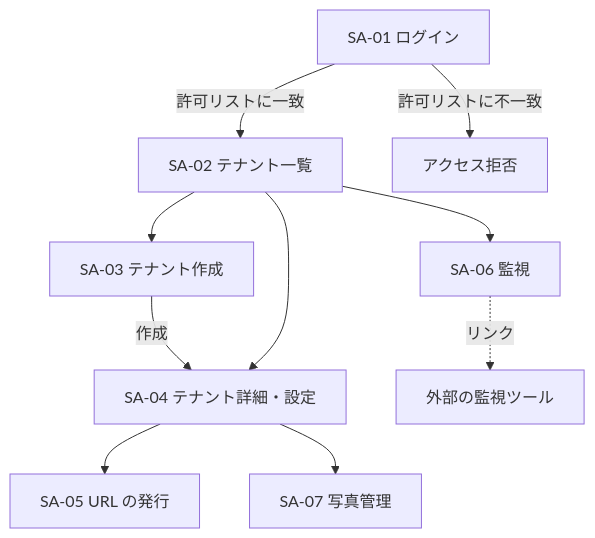
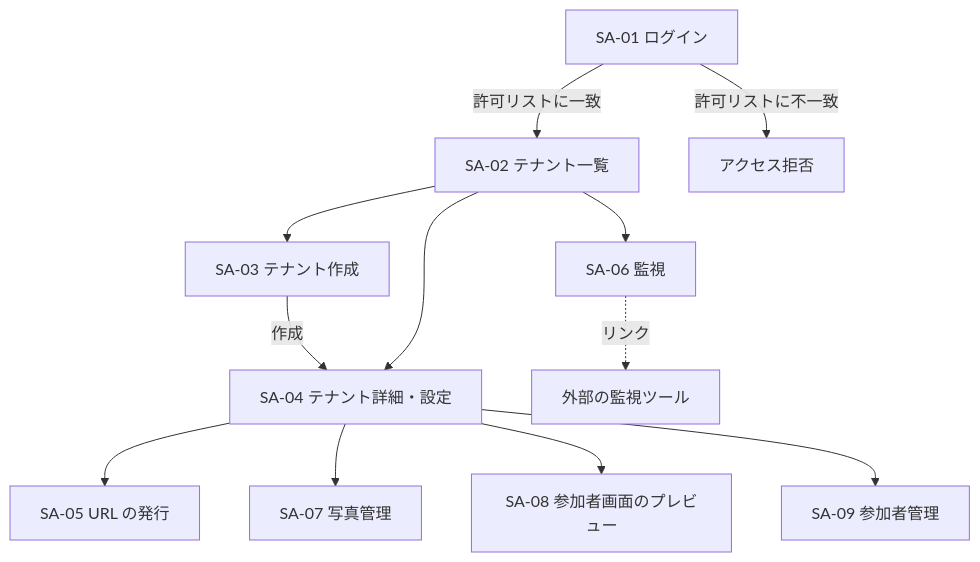
The fourth of 4 diagrams in docs/design/screens.md (Nagomu0128/would-you-marry.me), drawn with Mermaid before and after one commit. The commit also changed other lines of this file and 11 other files, not shown here.

````diff
--- a/docs/design/screens.md
+++ b/docs/design/screens.md
@@ -89,12 +92,14 @@
 ```mermaid
 flowchart TD
     SA01[SA-01 ログイン] -->|許可リストに一致| SA02[SA-02 テナント一覧]
     SA01 -->|許可リストに不一致| DENY[アクセス拒否]
     SA02 --> SA03[SA-03 テナント作成]
     SA03 -->|作成| SA04
     SA02 --> SA04[SA-04 テナント詳細・設定]
     SA04 --> SA05[SA-05 URL の発行]
     SA04 --> SA07[SA-07 写真管理]
+    SA04 --> SA08[SA-08 参加者画面のプレビュー]
+    SA04 --> SA09[SA-09 参加者管理]
     SA02 --> SA06[SA-06 監視]
     SA06 -.->|リンク| EXT[外部の監視ツール]
 ```
````
